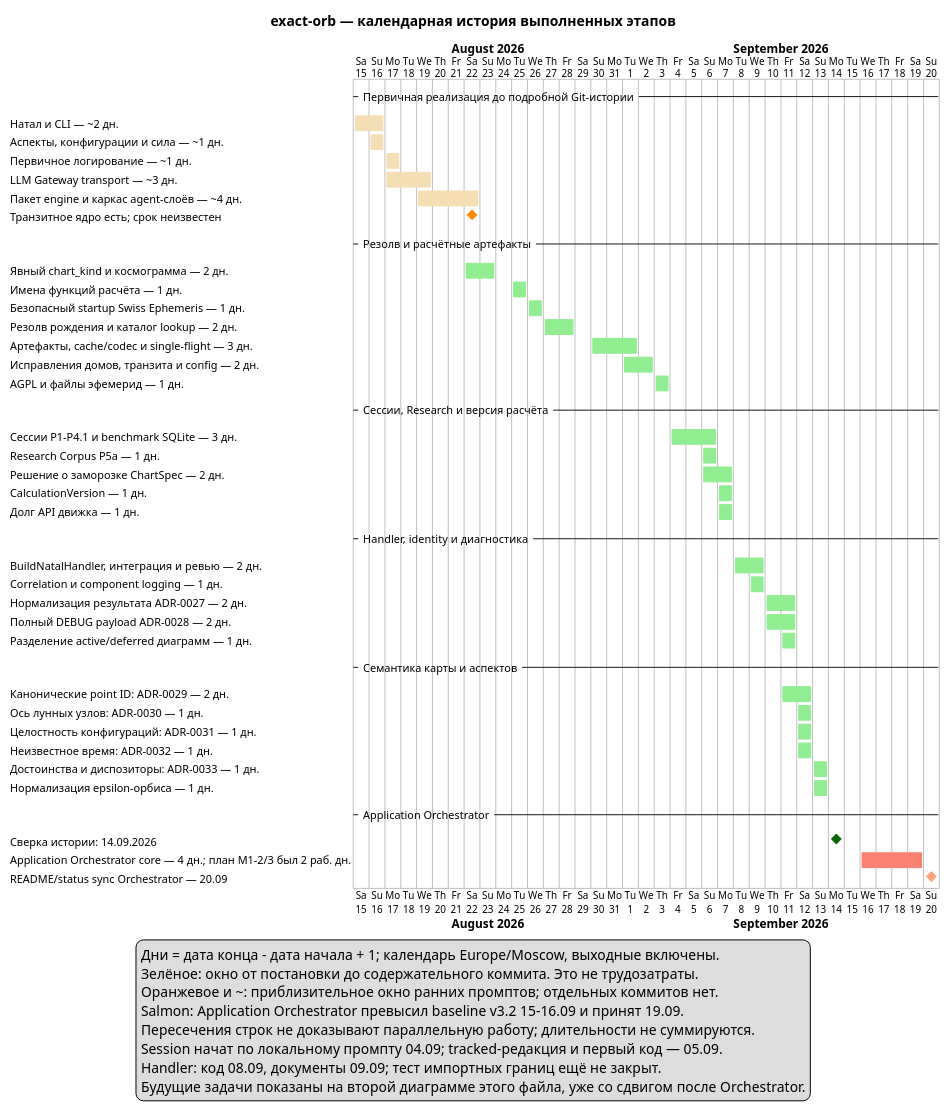
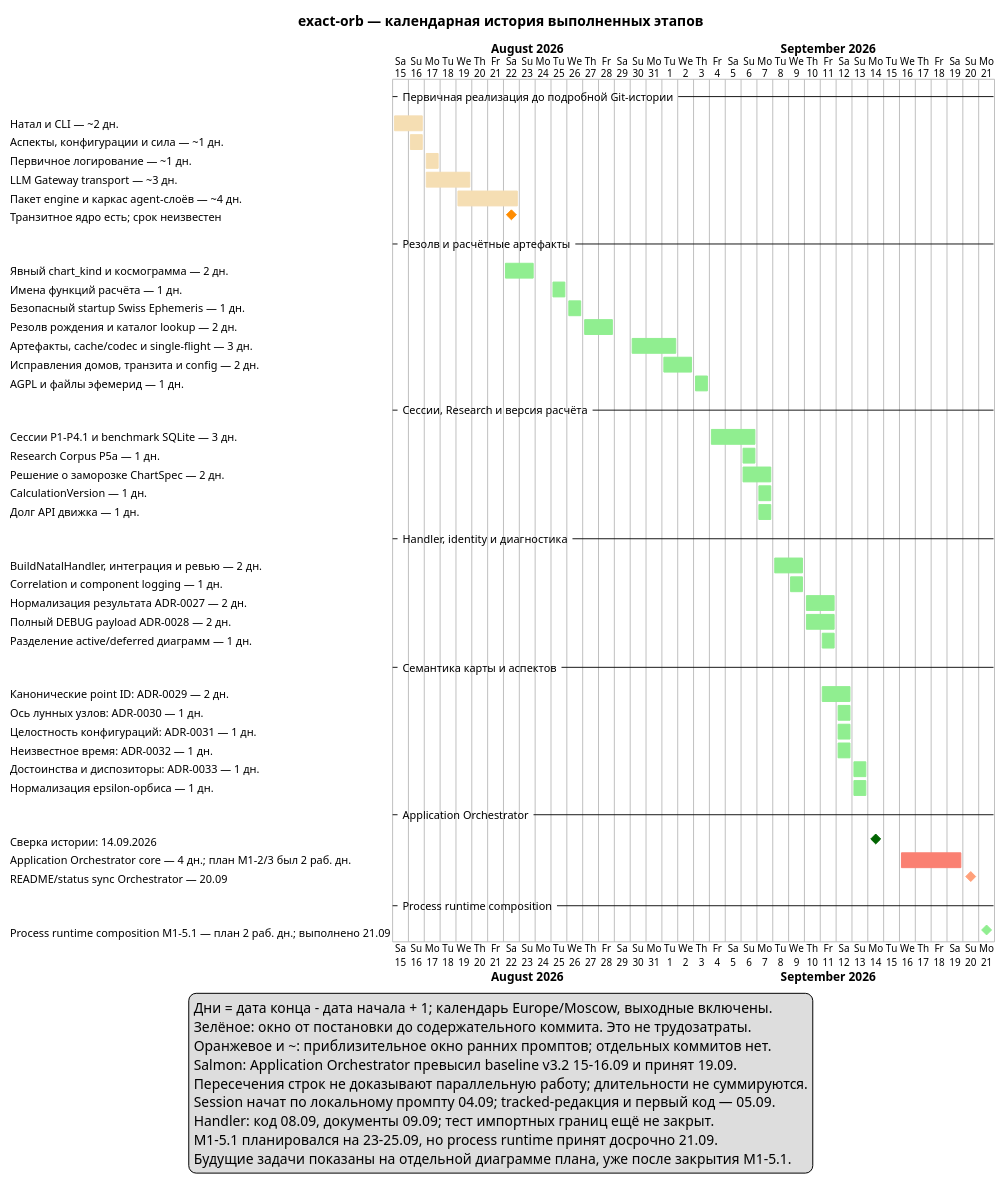
Before and after one commit to ksenia-baranova/exact-orb-demo: the diagram in docs/project_management/roadmap_completed_work_timeline.puml, drawn with PlantUML. The commit also changed 10 other files, not shown here.

First line of the commit message:
docs: align bootstrap closeout roadmap

```diff
--- a/docs/project_management/roadmap_completed_work_timeline.puml
+++ b/docs/project_management/roadmap_completed_work_timeline.puml
@@ -1,188 +1,198 @@
 @startgantt
 ' Источник интервалов и метод подсчёта: roadmap.md, раздел 1.3.
 ' Начало: датированный prompt. Конец: содержательный commit, не более поздний merge.
 ' До initial commit 22.08 интервалы приблизительны и показаны оранжевым.
 
 title exact-orb — календарная история выполненных этапов
 Project starts 2026-08-15
 printscale daily
 Label on first column
 
 -- Первичная реализация до подробной Git-истории --
 
 ' prompts/2026-08-15/01-natal-module.md -> fb8cafe (окно промптов; код подтверждён initial commit)
 [Натал и CLI — ~2 дн.] as [H_CORE] starts 2026-08-15 and ends 2026-08-16
 [H_CORE] is 100% complete
 [H_CORE] is colored in Wheat
 
 ' prompts/2026-08-16/02-aspects-module.md -> fb8cafe (окно промптов; код подтверждён initial commit)
 [Аспекты, конфигурации и сила — ~1 дн.] as [H_ASPECTS] starts 2026-08-16 and ends 2026-08-16
 [H_ASPECTS] is 100% complete
 [H_ASPECTS] is colored in Wheat
 
 ' prompts/2026-08-17/01-logging.md -> fb8cafe (окно промптов; код подтверждён initial commit)
 [Первичное логирование — ~1 дн.] as [H_LOG0] starts 2026-08-17 and ends 2026-08-17
 [H_LOG0] is 100% complete
 [H_LOG0] is colored in Wheat
 
 ' prompts/2026-08-17/02-llm-gateway.md -> fb8cafe (окно промптов; код подтверждён initial commit)
 [LLM Gateway transport — ~3 дн.] as [H_LLM] starts 2026-08-17 and ends 2026-08-19
 [H_LLM] is 100% complete
 [H_LLM] is colored in Wheat
 
 ' prompts/2026-08-19/01-agent-skeleton.md -> fb8cafe (окно промптов; код подтверждён initial commit)
 [Пакет engine и каркас agent-слоёв — ~4 дн.] as [H_PACKAGE] starts 2026-08-19 and ends 2026-08-22
 [H_PACKAGE] is 100% complete
 [H_PACKAGE] is colored in Wheat
 
 [Транзитное ядро есть; срок неизвестен] as [TRANSIT_EXISTS] happens 2026-08-22
 [TRANSIT_EXISTS] is colored in DarkOrange
 
 -- Резолв и расчётные артефакты --
 
 ' prompts/2026-08-22/12-explicit-chart-kind-and-honest-cosmogram.md -> 2726eab
 [Явный chart_kind и космограмма — 2 дн.] as [H_KIND] starts 2026-08-22 and ends 2026-08-23
 [H_KIND] is 100% complete
 [H_KIND] is colored in LightGreen
 
 ' prompts/2026-08-25/01-rename-chart-calculation-functions.md -> a3dddfd
 [Имена функций расчёта — 1 дн.] as [H_RENAME] starts 2026-08-25 and ends 2026-08-25
 [H_RENAME] is 100% complete
 [H_RENAME] is colored in LightGreen
 
 ' prompts/2026-08-26/01-freeze-swiss-ephemeris-runtime.md -> eeb6c77
 [Безопасный startup Swiss Ephemeris — 1 дн.] as [H_SWISS] starts 2026-08-26 and ends 2026-08-26
 [H_SWISS] is 100% complete
 [H_SWISS] is colored in LightGreen
 
 ' prompts/2026-08-27/01-birth-data-resolution.md -> dd21500
 [Резолв рождения и каталог lookup — 2 дн.] as [H_BIRTH] starts 2026-08-27 and ends 2026-08-28
 [H_BIRTH] is 100% complete
 [H_BIRTH] is colored in LightGreen
 
 ' prompts/2026-08-30/01-chart-artifacts-input-and-key.md -> b5c1beb
 [Артефакты, cache/codec и single-flight — 3 дн.] as [H_CALC] starts 2026-08-30 and ends 2026-09-01
 [H_CALC] is 100% complete
 [H_CALC] is colored in LightGreen
 
 ' prompts/2026-09-01/03-fix-house-system-validation.md -> 8bb60b4
 [Исправления домов, транзита и config — 2 дн.] as [H_FIX] starts 2026-09-01 and ends 2026-09-02
 [H_FIX] is 100% complete
 [H_FIX] is colored in LightGreen
 
 ' prompts/2026-09-03/01-project-license-agpl.md -> 381610a
 [AGPL и файлы эфемерид — 1 дн.] as [H_VENDOR] starts 2026-09-03 and ends 2026-09-03
 [H_VENDOR] is 100% complete
 [H_VENDOR] is colored in LightGreen
 
 -- Сессии, Research и версия расчёта --
 
 ' prompts/2026-09-04/01-session-contracts.md -> f771aa0
 [Сессии P1–P4.1 и benchmark SQLite — 3 дн.] as [H_SESSION] starts 2026-09-04 and ends 2026-09-06
 [H_SESSION] is 100% complete
 [H_SESSION] is colored in LightGreen
 
 ' prompts/2026-09-06/02-research-corpus-contracts.md -> 11c8c9e
 [Research Corpus P5a — 1 дн.] as [H_RESEARCH] starts 2026-09-06 and ends 2026-09-06
 [H_RESEARCH] is 100% complete
 [H_RESEARCH] is colored in LightGreen
 
 ' prompts/2026-09-06/06-adr-chart-spec-completeness-freeze.md -> 7f05723
 [Решение о заморозке ChartSpec — 2 дн.] as [H_FREEZE] starts 2026-09-06 and ends 2026-09-07
 [H_FREEZE] is 100% complete
 [H_FREEZE] is colored in LightGreen
 
 ' prompts/2026-09-07/02-calculation-version.md -> f94d8c6
 [CalculationVersion — 1 дн.] as [H_VERSION] starts 2026-09-07 and ends 2026-09-07
 [H_VERSION] is 100% complete
 [H_VERSION] is colored in LightGreen
 
 ' prompts/2026-09-07/03-engine-debt.md -> 604d411
 [Долг API движка — 1 дн.] as [H_ENGINE_DEBT] starts 2026-09-07 and ends 2026-09-07
 [H_ENGINE_DEBT] is 100% complete
 [H_ENGINE_DEBT] is colored in LightGreen
 
 -- Handler, identity и диагностика --
 
 ' prompts/2026-09-08/01-application-contracts.md -> d48f303
 [BuildNatalHandler, интеграция и ревью — 2 дн.] as [H_HANDLER] starts 2026-09-08 and ends 2026-09-09
 [H_HANDLER] is 100% complete
 [H_HANDLER] is colored in LightGreen
 
 ' prompts/2026-09-09/03-optimize-chart-boundary-logging.md -> 3c9fa6e
 [Correlation и component logging — 1 дн.] as [H_BOUNDARY] starts 2026-09-09 and ends 2026-09-09
 [H_BOUNDARY] is 100% complete
 [H_BOUNDARY] is colored in LightGreen
 
 ' prompts/2026-09-10/01-research-build-natal-sources-of-truth.md -> d6c0c89
 [Нормализация результата ADR-0027 — 2 дн.] as [H_IDENTITY] starts 2026-09-10 and ends 2026-09-11
 [H_IDENTITY] is 100% complete
 [H_IDENTITY] is colored in LightGreen
 
 ' prompts/2026-09-10/05-full-debug-component-boundary-logging.md -> d6c0c89
 [Полный DEBUG payload ADR-0028 — 2 дн.] as [H_FULLLOG] starts 2026-09-10 and ends 2026-09-11
 [H_FULLLOG] is 100% complete
 [H_FULLLOG] is colored in LightGreen
 
 ' prompts/2026-09-11/01-reorganize-build-chart-sequence-diagrams.md -> ded9895
 [Разделение active/deferred диаграмм — 1 дн.] as [H_DIAGRAMS] starts 2026-09-11 and ends 2026-09-11
 [H_DIAGRAMS] is 100% complete
 [H_DIAGRAMS] is colored in LightGreen
 
 -- Семантика карты и аспектов --
 
 ' prompts/2026-09-11/02-canonical-chart-point-identifiers.md -> 229be82
 [Канонические point ID: ADR-0029 — 2 дн.] as [H_CANON] starts 2026-09-11 and ends 2026-09-12
 [H_CANON] is 100% complete
 [H_CANON] is colored in LightGreen
 
 ' prompts/2026-09-12/01-lunar-node-axis-semantics.md -> 3cca8eb
 [Ось лунных узлов: ADR-0030 — 1 дн.] as [H_NODE] starts 2026-09-12 and ends 2026-09-12
 [H_NODE] is 100% complete
 [H_NODE] is colored in LightGreen
 
 ' prompts/2026-09-12/02-configuration-materialization-integrity.md -> 71df64c
 [Целостность конфигураций: ADR-0031 — 1 дн.] as [H_CONFIG] starts 2026-09-12 and ends 2026-09-12
 [H_CONFIG] is 100% complete
 [H_CONFIG] is colored in LightGreen
 
 ' prompts/2026-09-12/03-unknown-time-aspect-semantics-decision.md -> 3945677
 [Неизвестное время: ADR-0032 — 1 дн.] as [H_UNKNOWN] starts 2026-09-12 and ends 2026-09-12
 [H_UNKNOWN] is 100% complete
 [H_UNKNOWN] is colored in LightGreen
 
 ' prompts/2026-09-13/01-align-dignities-and-dispositors.md -> ba825af
 [Достоинства и диспозиторы: ADR-0033 — 1 дн.] as [H_STRENGTH] starts 2026-09-13 and ends 2026-09-13
 [H_STRENGTH] is 100% complete
 [H_STRENGTH] is colored in LightGreen
 
 ' prompts/2026-09-13/02-aspect-orb-boundary-normalization.md -> 4b86238
 [Нормализация epsilon-орбиса — 1 дн.] as [H_ORB] starts 2026-09-13 and ends 2026-09-13
 [H_ORB] is 100% complete
 [H_ORB] is colored in LightGreen
 
 -- Application Orchestrator --
 
 [Сверка истории: 14.09.2026] as [AUDIT] happens 2026-09-14
 [AUDIT] is colored in DarkGreen
 
 ' roadmap v3.2 planned M1-2 + M1-3 as 2 working days on 15.09-16.09.
 ' Actual implementation/acceptance series: a12daf4 -> e688592.
 [Application Orchestrator core — 4 дн.; план M1-2/3 был 2 раб. дн.] as [H_APP_ORCH] starts 2026-09-16 and ends 2026-09-19
 [H_APP_ORCH] is 100% complete
 [H_APP_ORCH] is colored in Salmon
 
 [README/status sync Orchestrator — 20.09] as [H_APP_DOCS] happens 2026-09-20
 [H_APP_DOCS] is colored in LightSalmon
 
+-- Process runtime composition --
+
+' prompts/2026-09-21/bootstrap-composition/01..03 -> 026a470 -> 18198e8.
+' Roadmap planned 2 working days in the 23-25.09 window; implementation and
+' cross-runtime acceptance were completed on 21.09.
+[Process runtime composition M1-5.1 — план 2 раб. дн.; выполнено 21.09] as [H_APP_RUNTIME] happens 2026-09-21
+[H_APP_RUNTIME] is 100% complete
+[H_APP_RUNTIME] is colored in LightGreen
+
 legend bottom
   Дни = дата конца - дата начала + 1; календарь Europe/Moscow, выходные включены.
   Зелёное: окно от постановки до содержательного коммита. Это не трудозатраты.
   Оранжевое и ~: приблизительное окно ранних промптов; отдельных коммитов нет.
   Salmon: Application Orchestrator превысил baseline v3.2 15-16.09 и принят 19.09.
   Пересечения строк не доказывают параллельную работу; длительности не суммируются.
   Session начат по локальному промпту 04.09; tracked-редакция и первый код — 05.09.
   Handler: код 08.09, документы 09.09; тест импортных границ ещё не закрыт.
-  Будущие задачи показаны на второй диаграмме этого файла, уже со сдвигом после Orchestrator.
+  M1-5.1 планировался на 23-25.09, но process runtime принят досрочно 21.09.
+  Будущие задачи показаны на отдельной диаграмме плана, уже после закрытия M1-5.1.
 endlegend
 @endgantt
```
